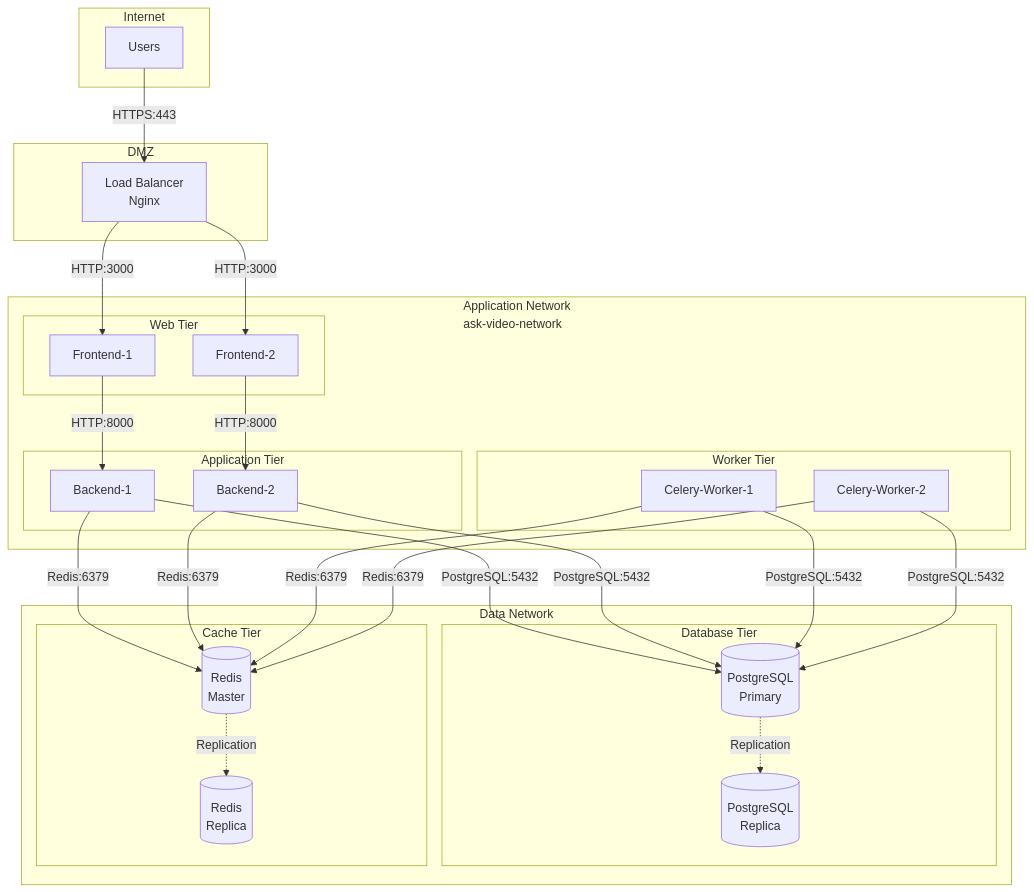
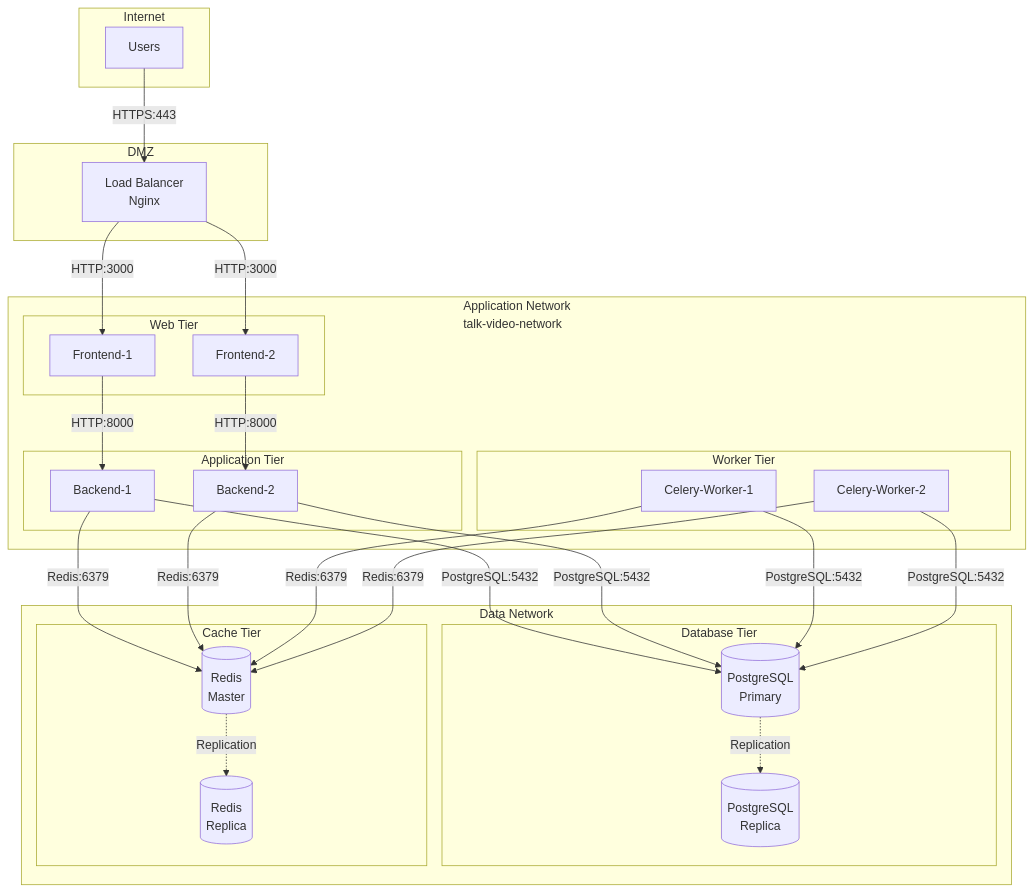
Before and after one commit to yukiharada1228/videoq: the third of 7 diagrams in docs/architecture/system-configuration-diagram.md, drawn with Mermaid. The commit also changed other lines of this file and 49 other files, not shown here.

First line of the commit message:
Rename ask-video to talk-video

````diff
--- a/docs/architecture/system-configuration-diagram.md
+++ b/docs/architecture/system-configuration-diagram.md
@@ -127,55 +127,55 @@
 ```mermaid
 graph TB
     subgraph Internet["Internet"]
         Users[Users]
     end
     
     subgraph DMZ["DMZ"]
         LB[Load Balancer<br/>Nginx]
     end
     
-    subgraph AppNetwork["Application Network<br/>ask-video-network"]
+    subgraph AppNetwork["Application Network<br/>talk-video-network"]
         subgraph WebTier["Web Tier"]
             Web1[Frontend-1]
             Web2[Frontend-2]
         end
         
         subgraph AppTier["Application Tier"]
             App1[Backend-1]
             App2[Backend-2]
         end
         
         subgraph WorkerTier["Worker Tier"]
             Worker1[Celery-Worker-1]
             Worker2[Celery-Worker-2]
         end
     end
     
     subgraph DataNetwork["Data Network"]
         subgraph DatabaseTier["Database Tier"]
             DB1[(PostgreSQL<br/>Primary)]
             DB2[(PostgreSQL<br/>Replica)]
         end
         
         subgraph CacheTier["Cache Tier"]
             Cache1[(Redis<br/>Master)]
             Cache2[(Redis<br/>Replica)]
         end
     end
     
     Users -->|HTTPS:443| LB
     LB -->|HTTP:3000| Web1
     LB -->|HTTP:3000| Web2
     Web1 -->|HTTP:8000| App1
     Web2 -->|HTTP:8000| App2
     App1 -->|PostgreSQL:5432| DB1
     App2 -->|PostgreSQL:5432| DB1
     App1 -->|Redis:6379| Cache1
     App2 -->|Redis:6379| Cache1
     Worker1 -->|Redis:6379| Cache1
     Worker2 -->|Redis:6379| Cache1
     Worker1 -->|PostgreSQL:5432| DB1
     Worker2 -->|PostgreSQL:5432| DB1
     DB1 -.->|Replication| DB2
     Cache1 -.->|Replication| Cache2
 ```
````
